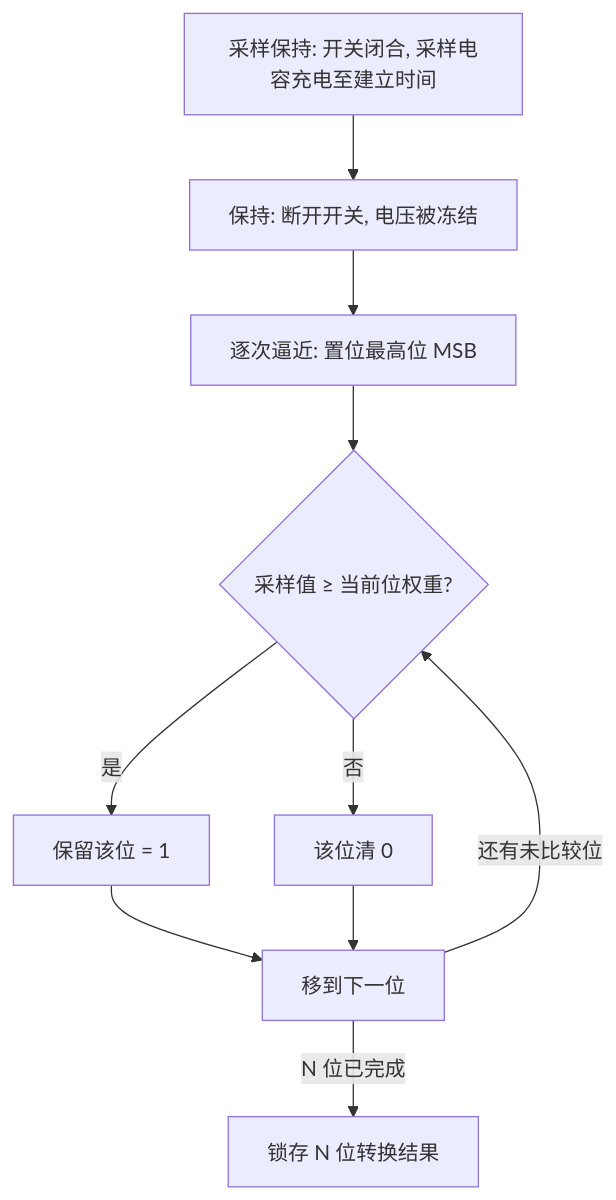
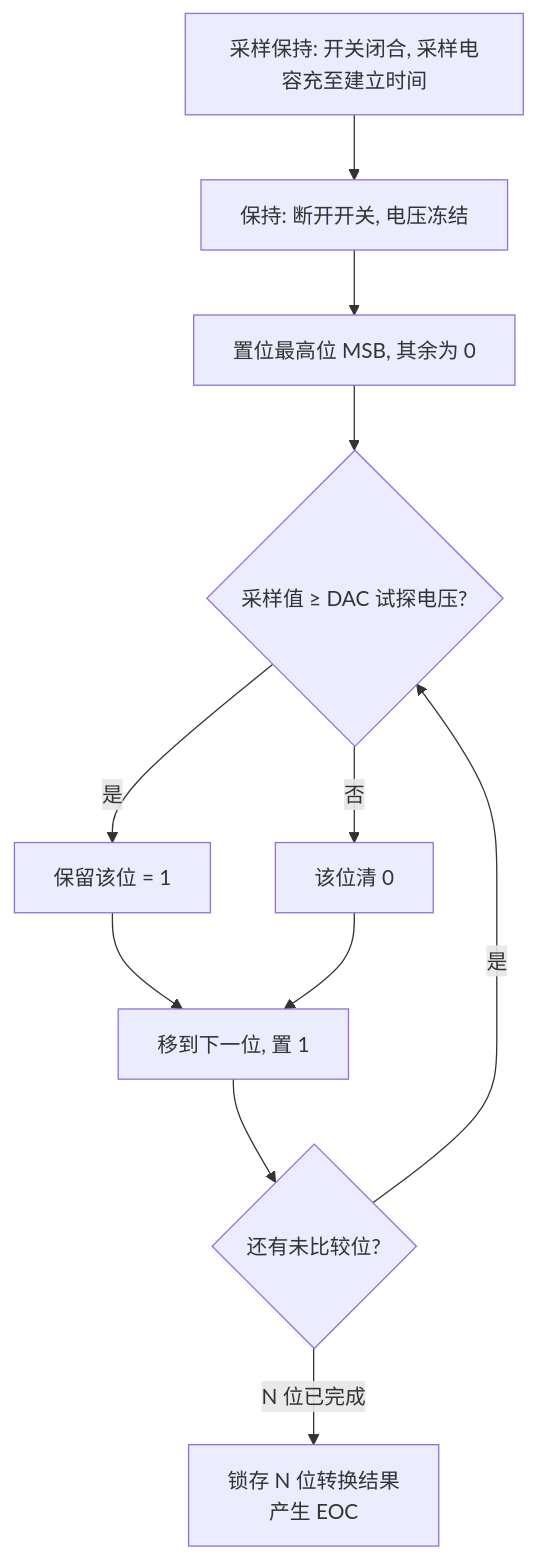
The third of 12 diagrams in articles/p10-adc.md (1208826038/embedded-skill-notes), drawn with Mermaid before and after one commit. The commit also changed other lines of this file, not shown here.

````diff
--- a/articles/p10-adc.md
+++ b/articles/p10-adc.md
@@ -29,12 +236,13 @@
 ```mermaid
 flowchart TD
-  S[采样保持: 开关闭合, 采样电容充电至建立时间] --> H[保持: 断开开关, 电压被冻结]
-  H --> R[逐次逼近: 置位最高位 MSB]
-  R --> C{采样值 ≥ 当前位权重?}
-  C -->|是| Keep[保留该位 = 1]
-  C -->|否| Drop[该位清 0]
-  Keep --> N[移到下一位]
-  Drop --> N
-  N -->|还有未比较位| C
-  N -->|N 位已完成| O[锁存 N 位转换结果]
+  START[采样保持: 开关闭合, 采样电容充至建立时间] --> HOLD[保持: 断开开关, 电压冻结]
+  HOLD --> MSB[置位最高位 MSB, 其余为 0]
+  MSB --> CMP{采样值 ≥ DAC 试探电压?}
+  CMP -->|是| KEEP[保留该位 = 1]
+  CMP -->|否| DROP[该位清 0]
+  KEEP --> NEXT[移到下一位, 置 1]
+  DROP --> NEXT
+  NEXT --> Q{还有未比较位?}
+  Q -->|是| CMP
+  Q -->|N 位已完成| OUT[锁存 N 位转换结果<br/>产生 EOC]
 ```
````
